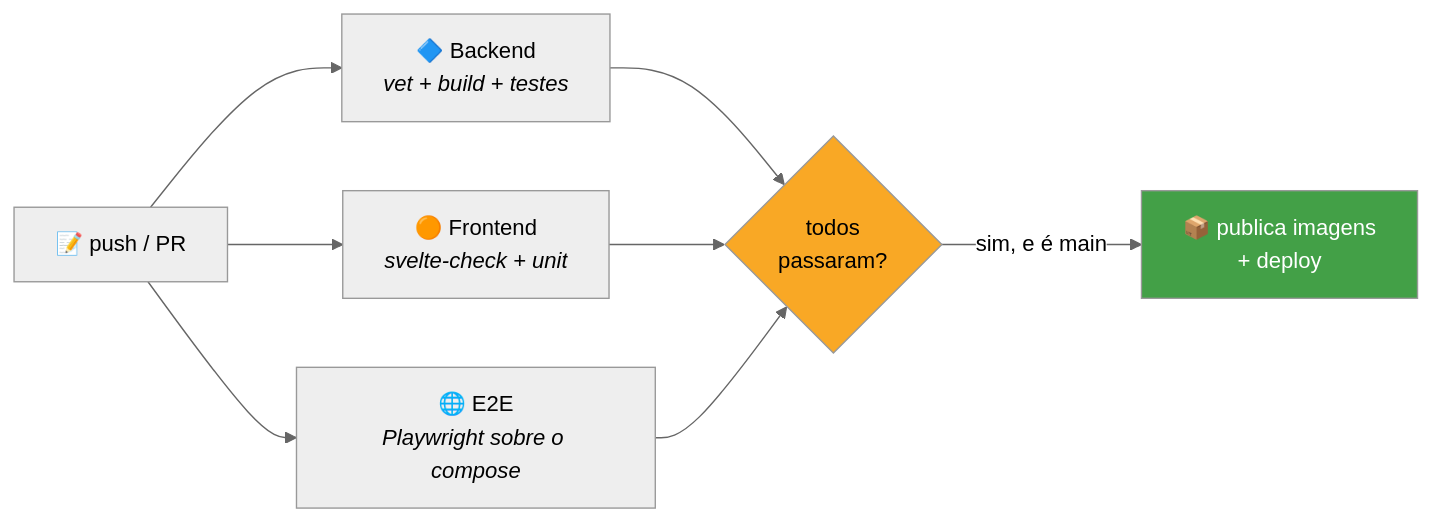
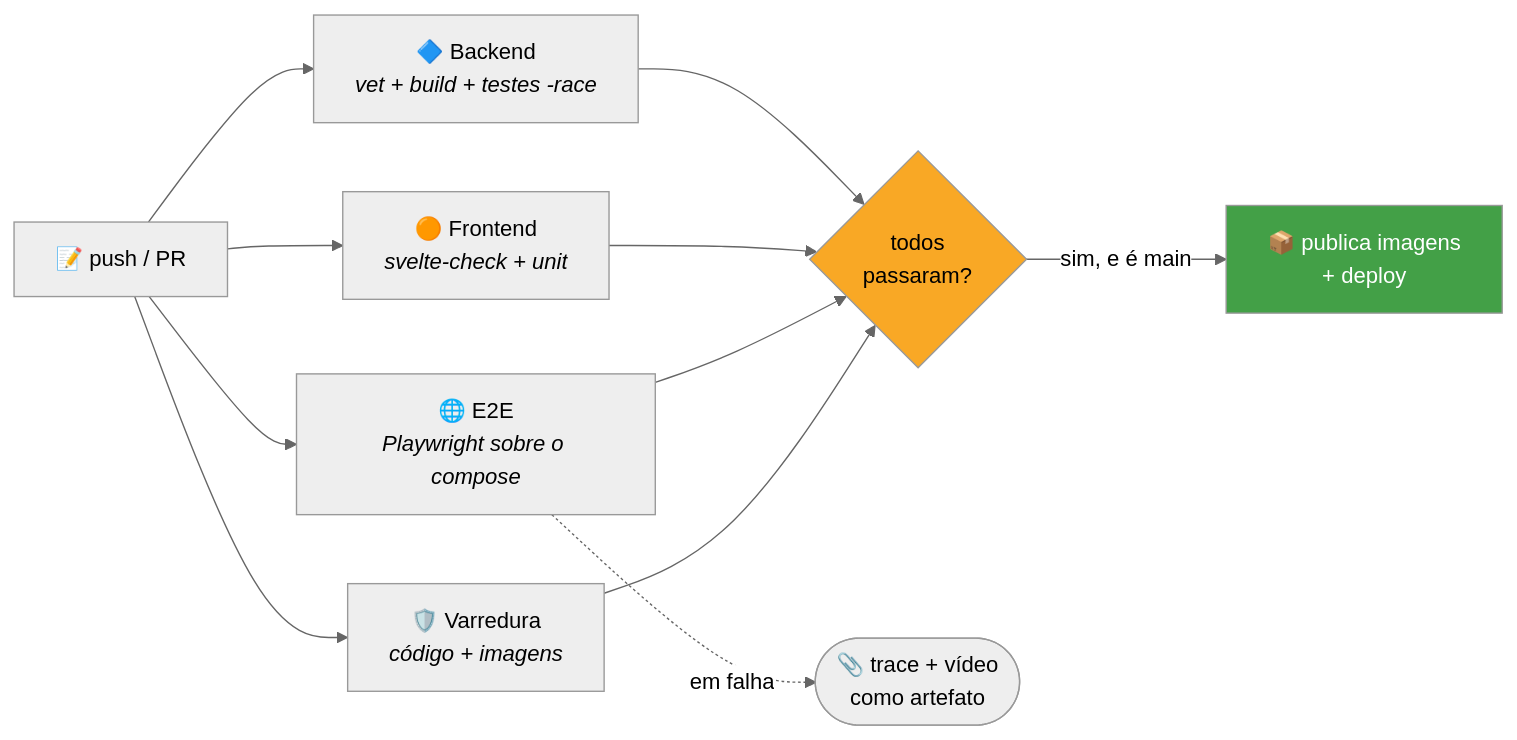
One commit to caetasousa/agendaGo changed the second of 2 diagrams in docs/testes.md. Above: the diagram before and after it, drawn with Mermaid (neutral theme). The commit also changed other lines of this file and 3 other files, not shown here.

````diff
--- a/docs/testes.md
+++ b/docs/testes.md
@@ -163,13 +205,16 @@
 ```mermaid
 flowchart LR
-    P["📝 push / PR"] --> B["🔷 Backend<br/><i>vet + build + testes</i>"]
+    P["📝 push / PR"] --> B["🔷 Backend<br/><i>vet + build + testes -race</i>"]
     P --> F["🟠 Frontend<br/><i>svelte-check + unit</i>"]
     P --> E["🌐 E2E<br/><i>Playwright sobre o compose</i>"]
+    P --> S["🛡️ Varredura<br/><i>código + imagens</i>"]
     B --> G{"todos<br/>passaram?"}
     F --> G
     E --> G
+    S --> G
     G -->|sim, e é main| I["📦 publica imagens<br/>+ deploy"]
+    E -.->|em falha| A(["📎 trace + vídeo<br/>como artefato"])
 
     style G fill:#f9a825,color:#000
     style I fill:#43a047,color:#fff
 ```
````
